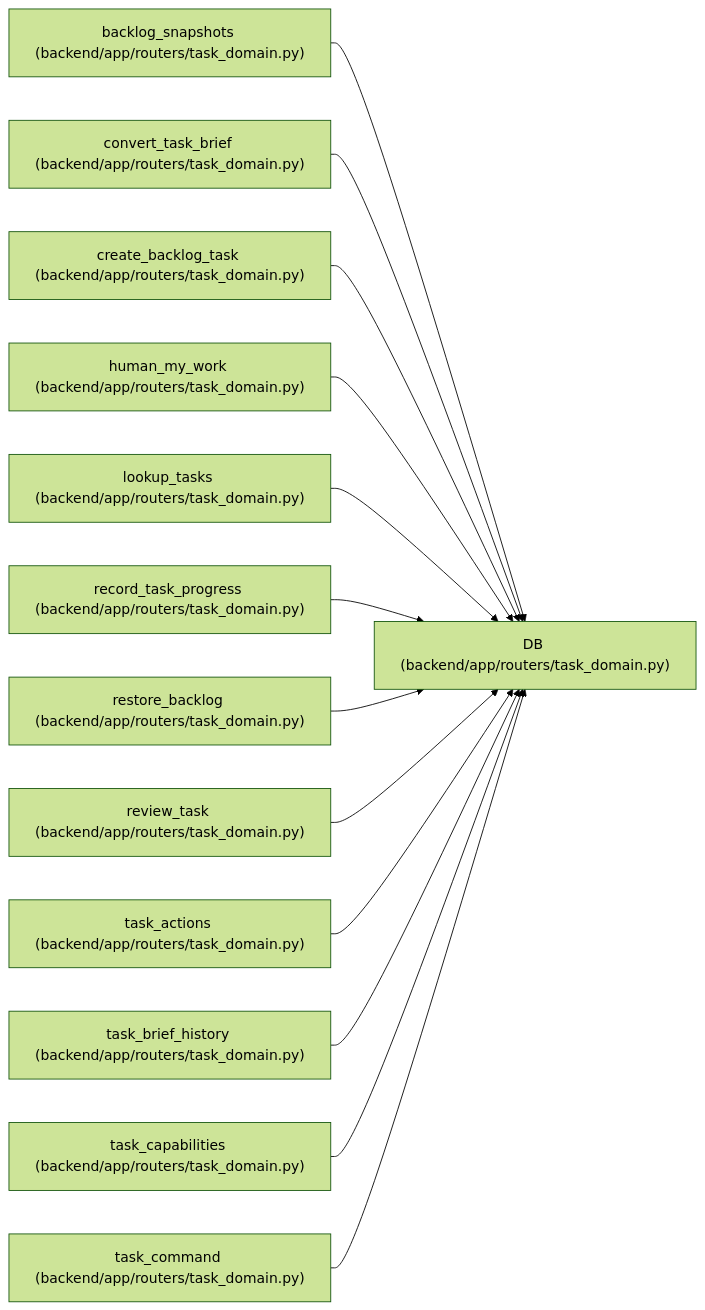
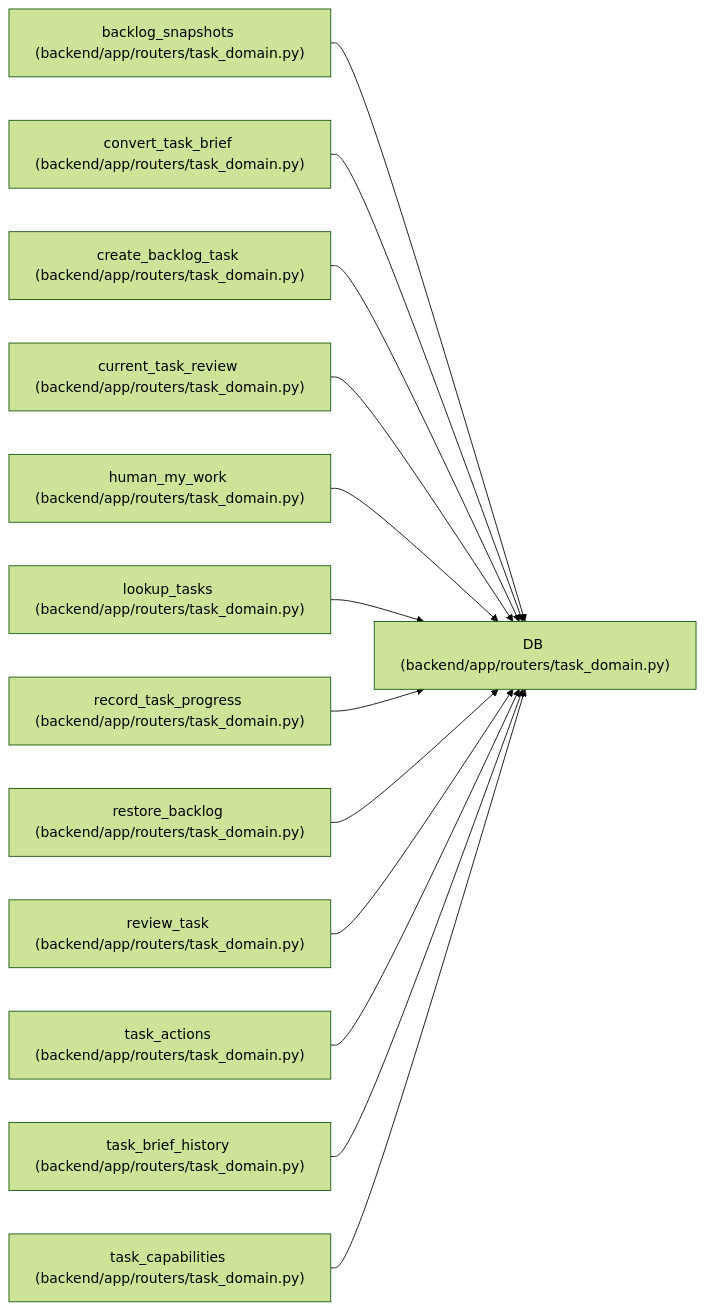
The diagram in docs/llm_wiki/entities/DB.md (Denissvgn/WorkChord), drawn with Mermaid (forest theme) before and after one commit. The commit also changed other lines of this file and 458 other files, not shown here.

Commit message:
docs(wiki): describe evidence actions and current review projection

````diff
--- a/docs/llm_wiki/entities/DB.md
+++ b/docs/llm_wiki/entities/DB.md
@@ -24,41 +24,41 @@
 ```mermaid
 flowchart LR
     n0["DB (backend/app/routers/task_domain.py)"]
     n1["backlog_snapshots (backend/app/routers/task_domain.py)"]
     n2["convert_task_brief (backend/app/routers/task_domain.py)"]
     n3["create_backlog_task (backend/app/routers/task_domain.py)"]
-    n4["human_my_work (backend/app/routers/task_domain.py)"]
-    n5["lookup_tasks (backend/app/routers/task_domain.py)"]
-    n6["record_task_progress (backend/app/routers/task_domain.py)"]
-    n7["restore_backlog (backend/app/routers/task_domain.py)"]
-    n8["review_task (backend/app/routers/task_domain.py)"]
-    n9["task_actions (backend/app/routers/task_domain.py)"]
-    n10["task_brief_history (backend/app/routers/task_domain.py)"]
-    n11["task_capabilities (backend/app/routers/task_domain.py)"]
-    n12["task_command (backend/app/routers/task_domain.py)"]
+    n4["current_task_review (backend/app/routers/task_domain.py)"]
+    n5["human_my_work (backend/app/routers/task_domain.py)"]
+    n6["lookup_tasks (backend/app/routers/task_domain.py)"]
+    n7["record_task_progress (backend/app/routers/task_domain.py)"]
+    n8["restore_backlog (backend/app/routers/task_domain.py)"]
+    n9["review_task (backend/app/routers/task_domain.py)"]
+    n10["task_actions (backend/app/routers/task_domain.py)"]
+    n11["task_brief_history (backend/app/routers/task_domain.py)"]
+    n12["task_capabilities (backend/app/routers/task_domain.py)"]
     n1 --> n0
     n2 --> n0
     n3 --> n0
     n4 --> n0
     n5 --> n0
     n6 --> n0
     n7 --> n0
     n8 --> n0
     n9 --> n0
     n10 --> n0
     n11 --> n0
     n12 --> n0
     click n0 "../modules/routers_task_domain.md"
     click n1 "../modules/routers_task_domain.md"
     click n2 "../modules/routers_task_domain.md"
     click n3 "../modules/routers_task_domain.md"
     click n4 "../modules/routers_task_domain.md"
     click n5 "../modules/routers_task_domain.md"
     click n6 "../modules/routers_task_domain.md"
     click n7 "../modules/routers_task_domain.md"
     click n8 "../modules/routers_task_domain.md"
     click n9 "../modules/routers_task_domain.md"
     click n10 "../modules/routers_task_domain.md"
     click n11 "../modules/routers_task_domain.md"
     click n12 "../modules/routers_task_domain.md"
 ```
````
